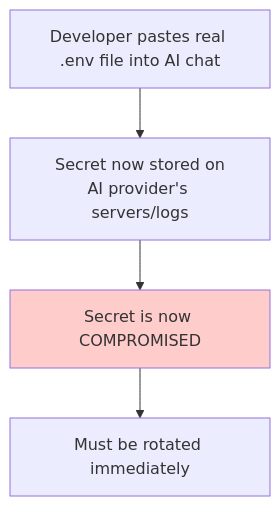
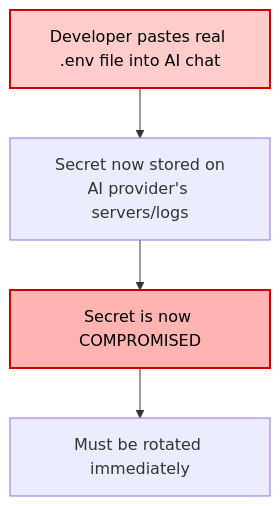
Before and after one commit to Yasser-Nautilus/ai-prompt-security-trainer: the second of 5 diagrams in README.md, drawn with Mermaid. The commit also changed other lines of this file, not shown here.

Commit message:
Apply consistent color scheme to all flowcharts

````diff
--- a/README.md
+++ b/README.md
@@ -184,7 +184,8 @@
 ```mermaid
 flowchart TD
     A[Developer pastes real .env file into AI chat] --> B[Secret now stored on<br/>AI provider's servers/logs]
     B --> C[Secret is now COMPROMISED]
     C --> D[Must be rotated immediately]
-    style C fill:#ffcccc
+    style A fill:#ffcccc,color:#000000,stroke:#cc0000,stroke-width:2px
+    style C fill:#ffb3b3,color:#000000,stroke:#cc0000,stroke-width:2px
 ```
````
